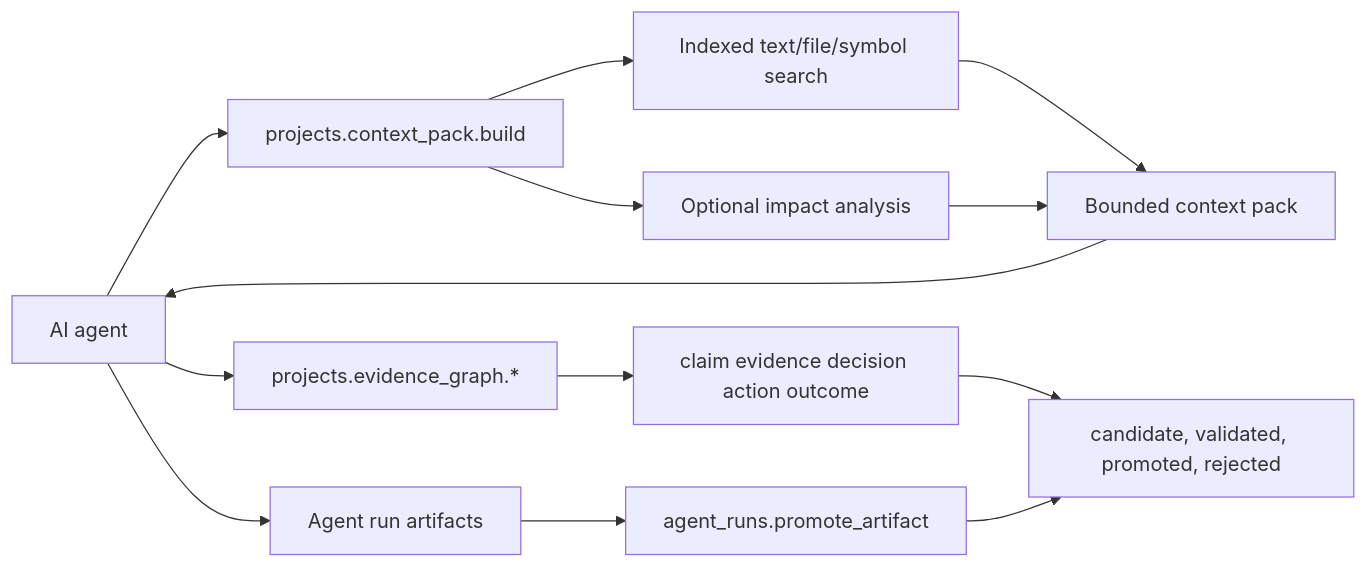
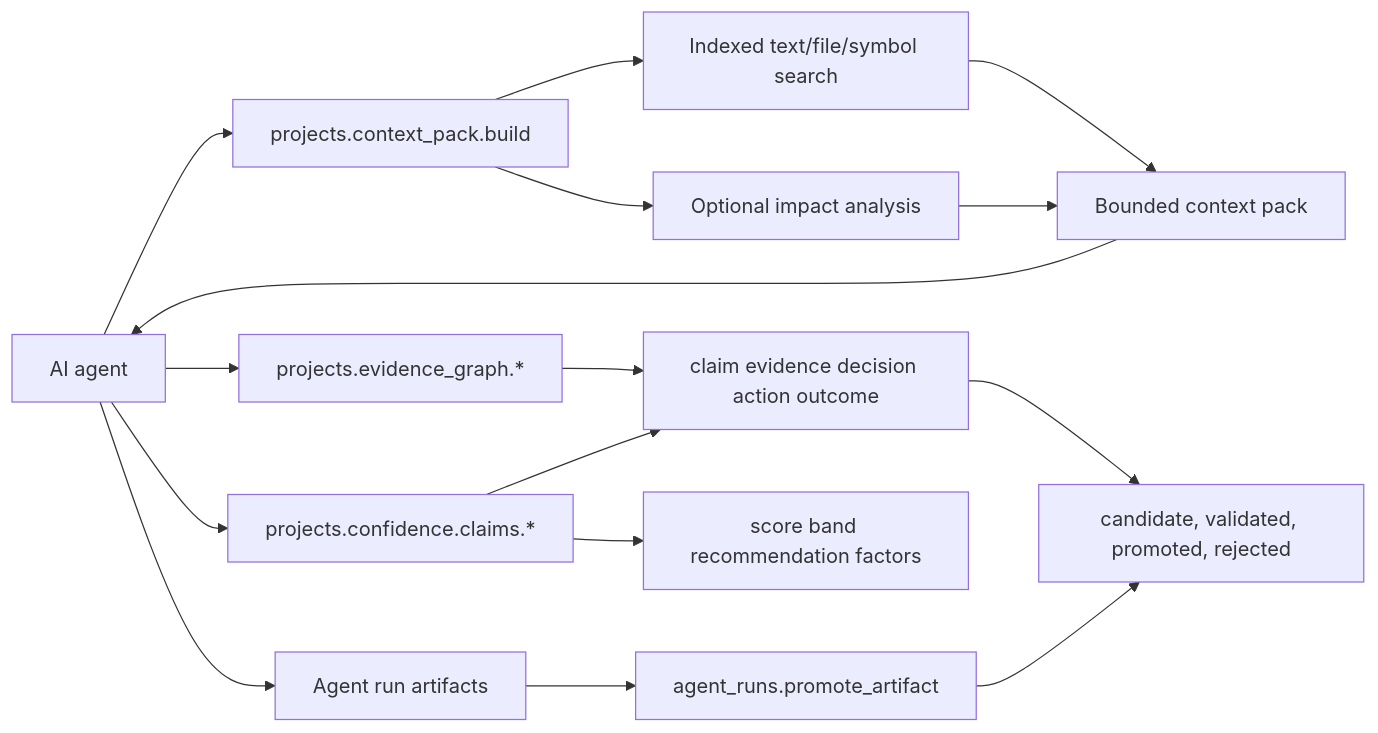
One commit to MiviaLabs/go-mivia changed the seventh of 8 diagrams in docs/architecture/system-architecture.md. Above: the diagram before and after it, drawn with Mermaid. The commit also changed other lines of this file and 25 other files, not shown here.

````diff
--- a/docs/architecture/system-architecture.md
+++ b/docs/architecture/system-architecture.md
@@ -266,26 +274,31 @@
 ```mermaid
 flowchart LR
   Agent["AI agent"]
   ContextPack["projects.context_pack.build"]
   Search["Indexed text/file/symbol search"]
   Impact["Optional impact analysis"]
   Pack["Bounded context pack"]
   Run["Agent run artifacts"]
   Gate["agent_runs.promote_artifact"]
   EvidenceGraph["projects.evidence_graph.*"]
+  Confidence["projects.confidence.claims.*"]
   Claim["claim evidence decision action outcome"]
+  Score["score band recommendation factors"]
   Decision["candidate, validated, promoted, rejected"]
 
   Agent --> ContextPack
   Agent --> EvidenceGraph
+  Agent --> Confidence
   EvidenceGraph --> Claim
+  Confidence --> Claim
+  Confidence --> Score
   Claim --> Decision
   ContextPack --> Search
   ContextPack --> Impact
   Search --> Pack
   Impact --> Pack
   Pack --> Agent
   Agent --> Run
   Run --> Gate
   Gate --> Decision
 ```
````
